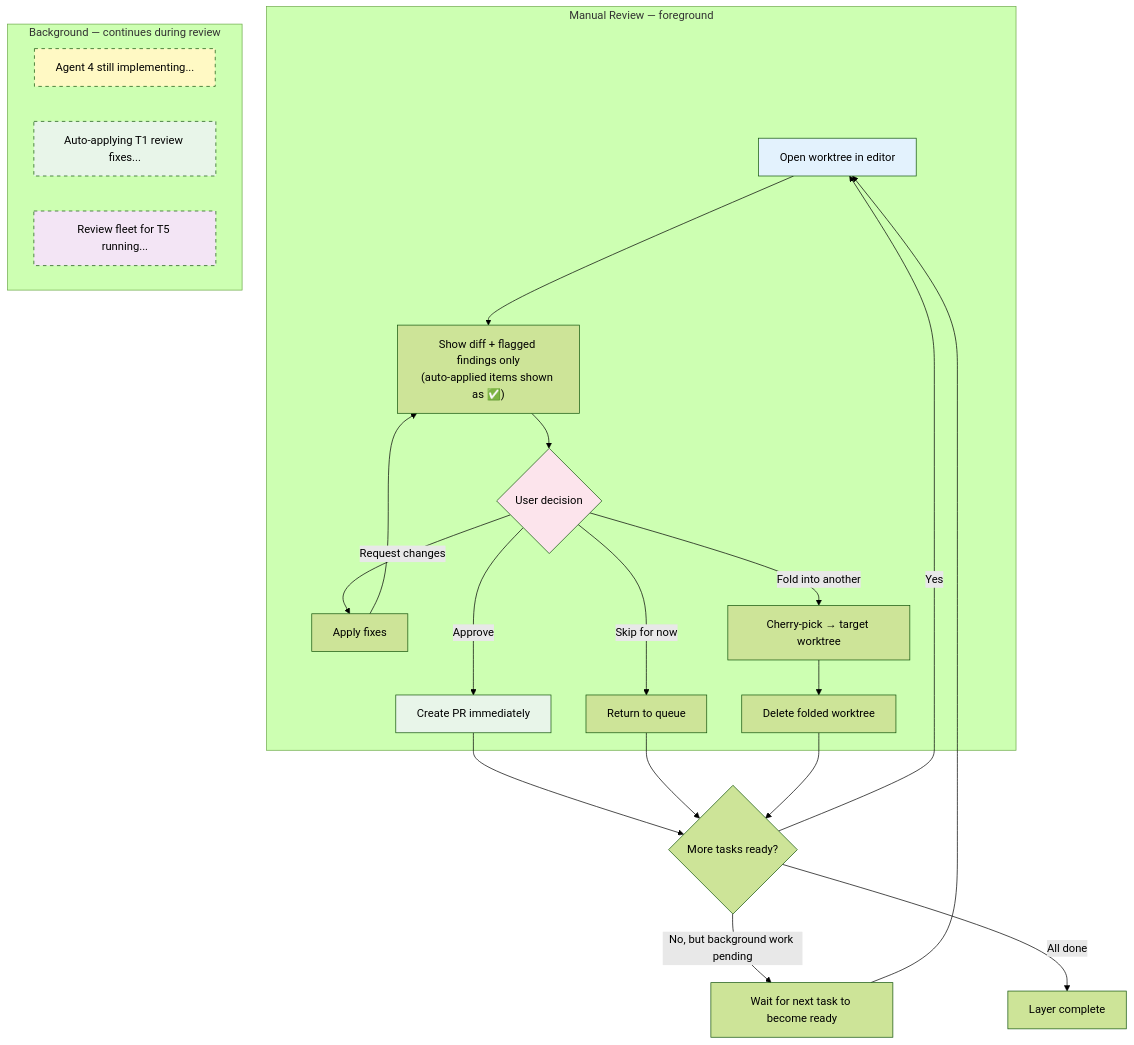
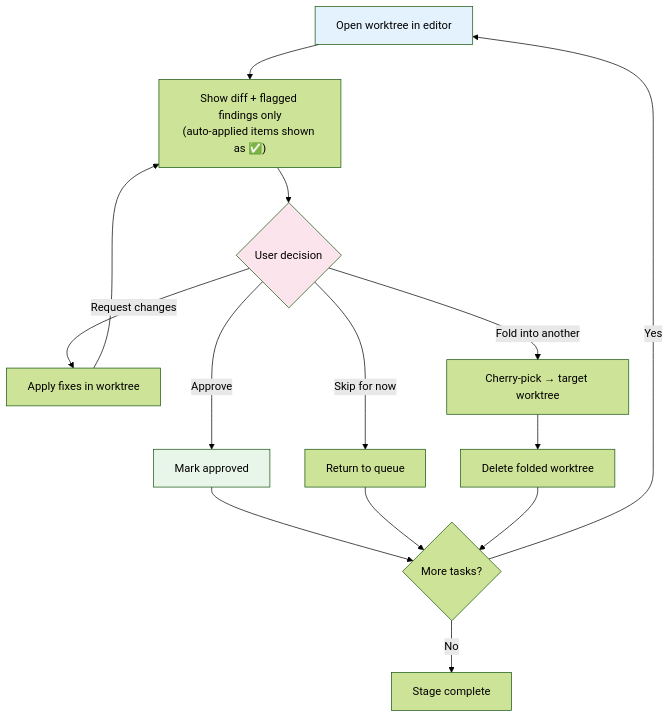
One commit to Arithmomaniac/copilot-plugins changed the fifth of 5 diagrams in skills/fleet-orchestrated-pipeline/references/inner-loop.md. Above: the diagram before and after it, drawn with Mermaid (forest theme). The commit also changed other lines of this file and 4 other files, not shown here.

First line of the commit message:
Add shell/agent execution model guidance to fleet orchestration

````diff
--- a/skills/fleet-orchestrated-pipeline/references/inner-loop.md
+++ b/skills/fleet-orchestrated-pipeline/references/inner-loop.md
@@ -259,34 +300,20 @@
 ```mermaid
 graph TD
-    subgraph "Manual Review — foreground"
-        Open[Open worktree in editor] --> Show["Show diff + flagged findings only<br/>(auto-applied items shown as ✅)"]
-        Show --> User{User decision}
-        User -->|Approve| PR[Create PR immediately]
-        User -->|Request changes| Fix[Apply fixes]
-        Fix --> Show
-        User -->|Skip for now| Queue[Return to queue]
-        User -->|Fold into another| Consolidate[Cherry-pick → target worktree]
-        Consolidate --> Delete[Delete folded worktree]
-    end
-
-    subgraph "Background — continues during review"
-        BG1["Agent 4 still implementing..."]
-        BG2["Auto-applying T1 review fixes..."]
-        BG3["Review fleet for T5 running..."]
-    end
-
-    PR --> Next{More tasks ready?}
+    Open[Open worktree in editor] --> Show["Show diff + flagged findings only<br/>(auto-applied items shown as ✅)"]
+    Show --> User{User decision}
+    User -->|Approve| Mark[Mark approved]
+    User -->|Request changes| Fix[Apply fixes in worktree]
+    Fix --> Show
+    User -->|Skip for now| Queue[Return to queue]
+    User -->|Fold into another| Consolidate[Cherry-pick → target worktree]
+    Consolidate --> Delete[Delete folded worktree]
+    Mark --> Next{More tasks?}
     Queue --> Next
     Delete --> Next
     Next -->|Yes| Open
-    Next -->|No, but background work pending| Wait[Wait for next task to become ready]
-    Wait --> Open
-    Next -->|All done| LayerDone[Layer complete]
+    Next -->|No| StageDone[Stage complete]
 
     style Open fill:#e3f2fd
     style User fill:#fce4ec
-    style PR fill:#e8f5e9
-    style BG1 fill:#fff9c4,stroke-dasharray: 5 5
-    style BG2 fill:#e8f5e9,stroke-dasharray: 5 5
-    style BG3 fill:#f3e5f5,stroke-dasharray: 5 5
+    style Mark fill:#e8f5e9
 ```
````
